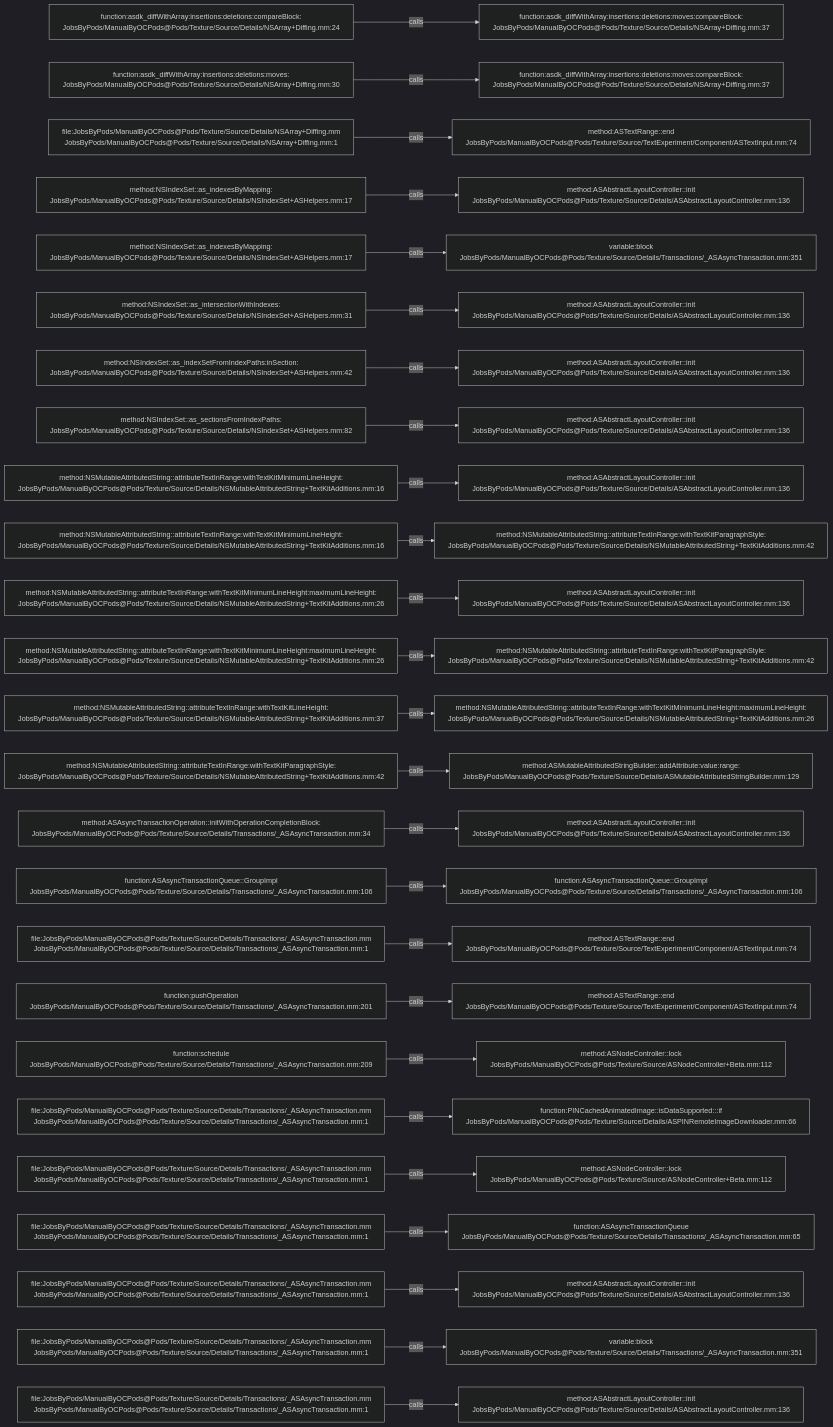
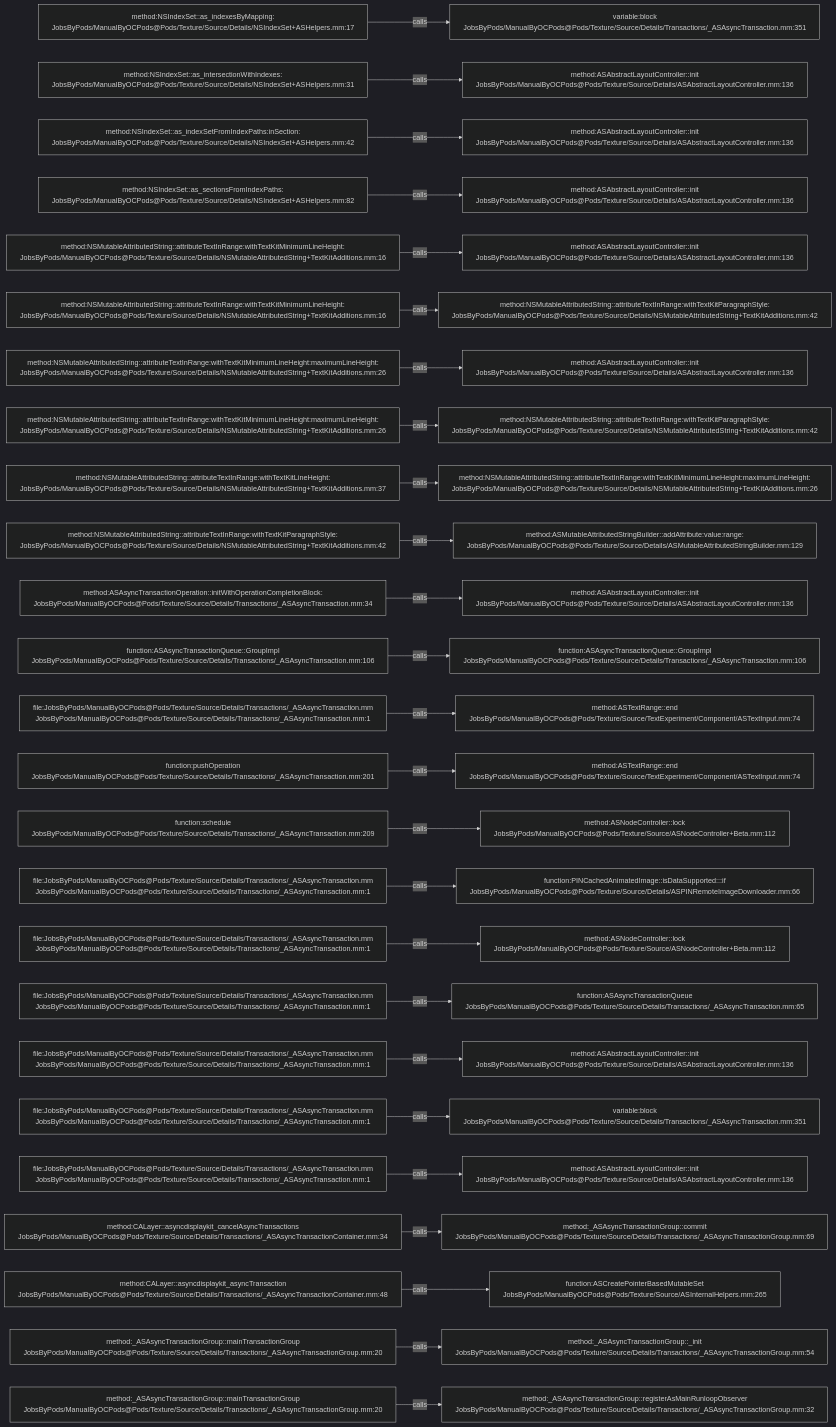
The diagram in .codegraph/codegraph.md/graphs/calls-166.md (JobsKits/JobsOCBaseConfigDemo), drawn with Mermaid (dark theme) before and after one commit. The commit also changed 727 other files, not shown here.

````diff
--- a/.codegraph/codegraph.md/graphs/calls-166.md
+++ b/.codegraph/codegraph.md/graphs/calls-166.md
@@ -13,78 +13,78 @@
 ```mermaid
 flowchart LR
-  S1["function:asdk_diffWithArray:insertions:deletions:compareBlock:<br/>JobsByPods/ManualByOCPods@Pods/Texture/Source/Details/NSArray+Diffing.mm:24"]
-  T1["function:asdk_diffWithArray:insertions:deletions:moves:compareBlock:<br/>JobsByPods/ManualByOCPods@Pods/Texture/Source/Details/NSArray+Diffing.mm:37"]
+  S1["method:NSIndexSet::as_indexesByMapping:<br/>JobsByPods/ManualByOCPods@Pods/Texture/Source/Details/NSIndexSet+ASHelpers.mm:17"]
+  T1["variable:block<br/>JobsByPods/ManualByOCPods@Pods/Texture/Source/Details/Transactions/_ASAsyncTransaction.mm:351"]
   S1 -->|calls| T1
-  S2["function:asdk_diffWithArray:insertions:deletions:moves:<br/>JobsByPods/ManualByOCPods@Pods/Texture/Source/Details/NSArray+Diffing.mm:30"]
-  T2["function:asdk_diffWithArray:insertions:deletions:moves:compareBlock:<br/>JobsByPods/ManualByOCPods@Pods/Texture/Source/Details/NSArray+Diffing.mm:37"]
+  S2["method:NSIndexSet::as_intersectionWithIndexes:<br/>JobsByPods/ManualByOCPods@Pods/Texture/Source/Details/NSIndexSet+ASHelpers.mm:31"]
+  T2["method:ASAbstractLayoutController::init<br/>JobsByPods/ManualByOCPods@Pods/Texture/Source/Details/ASAbstractLayoutController.mm:136"]
   S2 -->|calls| T2
-  S3["file:JobsByPods/ManualByOCPods@Pods/Texture/Source/Details/NSArray+Diffing.mm<br/>JobsByPods/ManualByOCPods@Pods/Texture/Source/Details/NSArray+Diffing.mm:1"]
-  T3["method:ASTextRange::end<br/>JobsByPods/ManualByOCPods@Pods/Texture/Source/TextExperiment/Component/ASTextInput.mm:74"]
+  S3["method:NSIndexSet::as_indexSetFromIndexPaths:inSection:<br/>JobsByPods/ManualByOCPods@Pods/Texture/Source/Details/NSIndexSet+ASHelpers.mm:42"]
+  T3["method:ASAbstractLayoutController::init<br/>JobsByPods/ManualByOCPods@Pods/Texture/Source/Details/ASAbstractLayoutController.mm:136"]
   S3 -->|calls| T3
-  S4["method:NSIndexSet::as_indexesByMapping:<br/>JobsByPods/ManualByOCPods@Pods/Texture/Source/Details/NSIndexSet+ASHelpers.mm:17"]
+  S4["method:NSIndexSet::as_sectionsFromIndexPaths:<br/>JobsByPods/ManualByOCPods@Pods/Texture/Source/Details/NSIndexSet+ASHelpers.mm:82"]
   T4["method:ASAbstractLayoutController::init<br/>JobsByPods/ManualByOCPods@Pods/Texture/Source/Details/ASAbstractLayoutController.mm:136"]
   S4 -->|calls| T4
-  S5["method:NSIndexSet::as_indexesByMapping:<br/>JobsByPods/ManualByOCPods@Pods/Texture/Source/Details/NSIndexSet+ASHelpers.mm:17"]
-  T5["variable:block<br/>JobsByPods/ManualByOCPods@Pods/Texture/Source/Details/Transactions/_ASAsyncTransaction.mm:351"]
+  S5["method:NSMutableAttributedString::attributeTextInRange:withTextKitMinimumLineHeight:<br/>JobsByPods/ManualByOCPods@Pods/Texture/Source/Details/NSMutableAttributedString+TextKitAdditions.mm:16"]
+  T5["method:ASAbstractLayoutController::init<br/>JobsByPods/ManualByOCPods@Pods/Texture/Source/Details/ASAbstractLayoutController.mm:136"]
   S5 -->|calls| T5
-  S6["method:NSIndexSet::as_intersectionWithIndexes:<br/>JobsByPods/ManualByOCPods@Pods/Texture/Source/Details/NSIndexSet+ASHelpers.mm:31"]
-  T6["method:ASAbstractLayoutController::init<br/>JobsByPods/ManualByOCPods@Pods/Texture/Source/Details/ASAbstractLayoutController.mm:136"]
+  S6["method:NSMutableAttributedString::attributeTextInRange:withTextKitMinimumLineHeight:<br/>JobsByPods/ManualByOCPods@Pods/Texture/Source/Details/NSMutableAttributedString+TextKitAdditions.mm:16"]
+  T6["method:NSMutableAttributedString::attributeTextInRange:withTextKitParagraphStyle:<br/>JobsByPods/ManualByOCPods@Pods/Texture/Source/Details/NSMutableAttributedString+TextKitAdditions.mm:42"]
   S6 -->|calls| T6
-  S7["method:NSIndexSet::as_indexSetFromIndexPaths:inSection:<br/>JobsByPods/ManualByOCPods@Pods/Texture/Source/Details/NSIndexSet+ASHelpers.mm:42"]
+  S7["method:NSMutableAttributedString::attributeTextInRange:withTextKitMinimumLineHeight:maximumLineHeight:<br/>JobsByPods/ManualByOCPods@Pods/Texture/Source/Details/NSMutableAttributedString+TextKitAdditions.mm:26"]
   T7["method:ASAbstractLayoutController::init<br/>JobsByPods/ManualByOCPods@Pods/Texture/Source/Details/ASAbstractLayoutController.mm:136"]
   S7 -->|calls| T7
-  S8["method:NSIndexSet::as_sectionsFromIndexPaths:<br/>JobsByPods/ManualByOCPods@Pods/Texture/Source/Details/NSIndexSet+ASHelpers.mm:82"]
-  T8["method:ASAbstractLayoutController::init<br/>JobsByPods/ManualByOCPods@Pods/Texture/Source/Details/ASAbstractLayoutController.mm:136"]
+  S8["method:NSMutableAttributedString::attributeTextInRange:withTextKitMinimumLineHeight:maximumLineHeight:<br/>JobsByPods/ManualByOCPods@Pods/Texture/Source/Details/NSMutableAttributedString+TextKitAdditions.mm:26"]
+  T8["method:NSMutableAttributedString::attributeTextInRange:withTextKitParagraphStyle:<br/>JobsByPods/ManualByOCPods@Pods/Texture/Source/Details/NSMutableAttributedString+TextKitAdditions.mm:42"]
   S8 -->|calls| T8
-  S9["method:NSMutableAttributedString::attributeTextInRange:withTextKitMinimumLineHeight:<br/>JobsByPods/ManualByOCPods@Pods/Texture/Source/Details/NSMutableAttributedString+TextKitAdditions.mm:16"]
-  T9["method:ASAbstractLayoutController::init<br/>JobsByPods/ManualByOCPods@Pods/Texture/Source/Details/ASAbstractLayoutController.mm:136"]
+  S9["method:NSMutableAttributedString::attributeTextInRange:withTextKitLineHeight:<br/>JobsByPods/ManualByOCPods@Pods/Texture/Source/Details/NSMutableAttributedString+TextKitAdditions.mm:37"]
+  T9["method:NSMutableAttributedString::attributeTextInRange:withTextKitMinimumLineHeight:maximumLineHeight:<br/>JobsByPods/ManualByOCPods@Pods/Texture/Source/Details/NSMutableAttributedString+TextKitAdditions.mm:26"]
   S9 -->|calls| T9
-  S10["method:NSMutableAttributedString::attributeTextInRange:withTextKitMinimumLineHeight:<br/>JobsByPods/ManualByOCPods@Pods/Texture/Source/Details/NSMutableAttributedString+TextKitAdditions.mm:16"]
-  T10["method:NSMutableAttributedString::attributeTextInRange:withTextKitParagraphStyle:<br/>JobsByPods/ManualByOCPods@Pods/Texture/Source/Details/NSMutableAttributedString+TextKitAdditions.mm:42"]
+  S10["method:NSMutableAttributedString::attributeTextInRange:withTextKitParagraphStyle:<br/>JobsByPods/ManualByOCPods@Pods/Texture/Source/Details/NSMutableAttributedString+TextKitAdditions.mm:42"]
+  T10["method:ASMutableAttributedStringBuilder::addAttribute:value:range:<br/>JobsByPods/ManualByOCPods@Pods/Texture/Source/Details/ASMutableAttributedStringBuilder.mm:129"]
   S10 -->|calls| T10
-  S11["method:NSMutableAttributedString::attributeTextInRange:withTextKitMinimumLineHeight:maximumLineHeight:<br/>JobsByPods/ManualByOCPods@Pods/Texture/Source/Details/NSMutableAttributedString+TextKitAdditions.mm:26"]
+  S11["method:ASAsyncTransactionOperation::initWithOperationCompletionBlock:<br/>JobsByPods/ManualByOCPods@Pods/Texture/Source/Details/Transactions/_ASAsyncTransaction.mm:34"]
   T11["method:ASAbstractLayoutController::init<br/>JobsByPods/ManualByOCPods@Pods/Texture/Source/Details/ASAbstractLayoutController.mm:136"]
   S11 -->|calls| T11
-  S12["method:NSMutableAttributedString::attributeTextInRange:withTextKitMinimumLineHeight:maximumLineHeight:<br/>JobsByPods/ManualByOCPods@Pods/Texture/Source/Details/NSMutableAttributedString+TextKitAdditions.mm:26"]
-  T12["method:NSMutableAttributedString::attributeTextInRange:withTextKitParagraphStyle:<br/>JobsByPods/ManualByOCPods@Pods/Texture/Source/Details/NSMutableAttributedString+TextKitAdditions.mm:42"]
+  S12["function:ASAsyncTransactionQueue::GroupImpl<br/>JobsByPods/ManualByOCPods@Pods/Texture/Source/Details/Transactions/_ASAsyncTransaction.mm:106"]
+  T12["function:ASAsyncTransactionQueue::GroupImpl<br/>JobsByPods/ManualByOCPods@Pods/Texture/Source/Details/Transactions/_ASAsyncTransaction.mm:106"]
   S12 -->|calls| T12
-  S13["method:NSMutableAttributedString::attributeTextInRange:withTextKitLineHeight:<br/>JobsByPods/ManualByOCPods@Pods/Texture/Source/Details/NSMutableAttributedString+TextKitAdditions.mm:37"]
-  T13["method:NSMutableAttributedString::attributeTextInRange:withTextKitMinimumLineHeight:maximumLineHeight:<br/>JobsByPods/ManualByOCPods@Pods/Texture/Source/Details/NSMutableAttributedString+TextKitAdditions.mm:26"]
+  S13["file:JobsByPods/ManualByOCPods@Pods/Texture/Source/Details/Transactions/_ASAsyncTransaction.mm<br/>JobsByPods/ManualByOCPods@Pods/Texture/Source/Details/Transactions/_ASAsyncTransaction.mm:1"]
+  T13["method:ASTextRange::end<br/>JobsByPods/ManualByOCPods@Pods/Texture/Source/TextExperiment/Component/ASTextInput.mm:74"]
   S13 -->|calls| T13
-  S14["method:NSMutableAttributedString::attributeTextInRange:withTextKitParagraphStyle:<br/>JobsByPods/ManualByOCPods@Pods/Texture/Source/Details/NSMutableAttributedString+TextKitAdditions.mm:42"]
-  T14["method:ASMutableAttributedStringBuilder::addAttribute:value:range:<br/>JobsByPods/ManualByOCPods@Pods/Texture/Source/Details/ASMutableAttributedStringBuilder.mm:129"]
+  S14["function:pushOperation<br/>JobsByPods/ManualByOCPods@Pods/Texture/Source/Details/Transactions/_ASAsyncTransaction.mm:201"]
+  T14["method:ASTextRange::end<br/>JobsByPods/ManualByOCPods@Pods/Texture/Source/TextExperiment/Component/ASTextInput.mm:74"]
   S14 -->|calls| T14
-  S15["method:ASAsyncTransactionOperation::initWithOperationCompletionBlock:<br/>JobsByPods/ManualByOCPods@Pods/Texture/Source/Details/Transactions/_ASAsyncTransaction.mm:34"]
-  T15["method:ASAbstractLayoutController::init<br/>JobsByPods/ManualByOCPods@Pods/Texture/Source/Details/ASAbstractLayoutController.mm:136"]
+  S15["function:schedule<br/>JobsByPods/ManualByOCPods@Pods/Texture/Source/Details/Transactions/_ASAsyncTransaction.mm:209"]
+  T15["method:ASNodeController::lock<br/>JobsByPods/ManualByOCPods@Pods/Texture/Source/ASNodeController+Beta.mm:112"]
   S15 -->|calls| T15
-  S16["function:ASAsyncTransactionQueue::GroupImpl<br/>JobsByPods/ManualByOCPods@Pods/Texture/Source/Details/Transactions/_ASAsyncTransaction.mm:106"]
-  T16["function:ASAsyncTransactionQueue::GroupImpl<br/>JobsByPods/ManualByOCPods@Pods/Texture/Source/Details/Transactions/_ASAsyncTransaction.mm:106"]
+  S16["file:JobsByPods/ManualByOCPods@Pods/Texture/Source/Details/Transactions/_ASAsyncTransaction.mm<br/>JobsByPods/ManualByOCPods@Pods/Texture/Source/Details/Transactions/_ASAsyncTransaction.mm:1"]
+  T16["function:PINCachedAnimatedImage::isDataSupported:::if<br/>JobsByPods/ManualByOCPods@Pods/Texture/Source/Details/ASPINRemoteImageDownloader.mm:66"]
   S16 -->|calls| T16
   S17["file:JobsByPods/ManualByOCPods@Pods/Texture/Source/Details/Transactions/_ASAsyncTransaction.mm<br/>JobsByPods/ManualByOCPods@Pods/Texture/Source/Details/Transactions/_ASAsyncTransaction.mm:1"]
-  T17["method:ASTextRange::end<br/>JobsByPods/ManualByOCPods@Pods/Texture/Source/TextExperiment/Component/ASTextInput.mm:74"]
+  T17["method:ASNodeController::lock<br/>JobsByPods/ManualByOCPods@Pods/Texture/Source/ASNodeController+Beta.mm:112"]
   S17 -->|calls| T17
-  S18["function:pushOperation<br/>JobsByPods/ManualByOCPods@Pods/Texture/Source/Details/Transactions/_ASAsyncTransaction.mm:201"]
-  T18["method:ASTextRange::end<br/>JobsByPods/ManualByOCPods@Pods/Texture/Source/TextExperiment/Component/ASTextInput.mm:74"]
+  S18["file:JobsByPods/ManualByOCPods@Pods/Texture/Source/Details/Transactions/_ASAsyncTransaction.mm<br/>JobsByPods/ManualByOCPods@Pods/Texture/Source/Details/Transactions/_ASAsyncTransaction.mm:1"]
+  T18["function:ASAsyncTransactionQueue<br/>JobsByPods/ManualByOCPods@Pods/Texture/Source/Details/Transactions/_ASAsyncTransaction.mm:65"]
   S18 -->|calls| T18
-  S19["function:schedule<br/>JobsByPods/ManualByOCPods@Pods/Texture/Source/Details/Transactions/_ASAsyncTransaction.mm:209"]
-  T19["method:ASNodeController::lock<br/>JobsByPods/ManualByOCPods@Pods/Texture/Source/ASNodeController+Beta.mm:112"]
+  S19["file:JobsByPods/ManualByOCPods@Pods/Texture/Source/Details/Transactions/_ASAsyncTransaction.mm<br/>JobsByPods/ManualByOCPods@Pods/Texture/Source/Details/Transactions/_ASAsyncTransaction.mm:1"]
+  T19["method:ASAbstractLayoutController::init<br/>JobsByPods/ManualByOCPods@Pods/Texture/Source/Details/ASAbstractLayoutController.mm:136"]
   S19 -->|calls| T19
   S20["file:JobsByPods/ManualByOCPods@Pods/Texture/Source/Details/Transactions/_ASAsyncTransaction.mm<br/>JobsByPods/ManualByOCPods@Pods/Texture/Source/Details/Transactions/_ASAsyncTransaction.mm:1"]
-  T20["function:PINCachedAnimatedImage::isDataSupported:::if<br/>JobsByPods/ManualByOCPods@Pods/Texture/Source/Details/ASPINRemoteImageDownloader.mm:66"]
+  T20["variable:block<br/>JobsByPods/ManualByOCPods@Pods/Texture/Source/Details/Transactions/_ASAsyncTransaction.mm:351"]
   S20 -->|calls| T20
   S21["file:JobsByPods/ManualByOCPods@Pods/Texture/Source/Details/Transactions/_ASAsyncTransaction.mm<br/>JobsByPods/ManualByOCPods@Pods/Texture/Source/Details/Transactions/_ASAsyncTransaction.mm:1"]
-  T21["method:ASNodeController::lock<br/>JobsByPods/ManualByOCPods@Pods/Texture/Source/ASNodeController+Beta.mm:112"]
+  T21["method:ASAbstractLayoutController::init<br/>JobsByPods/ManualByOCPods@Pods/Texture/Source/Details/ASAbstractLayoutController.mm:136"]
   S21 -->|calls| T21
-  S22["file:JobsByPods/ManualByOCPods@Pods/Texture/Source/Details/Transactions/_ASAsyncTransaction.mm<br/>JobsByPods/ManualByOCPods@Pods/Texture/Source/Details/Transactions/_ASAsyncTransaction.mm:1"]
-  T22["function:ASAsyncTransactionQueue<br/>JobsByPods/ManualByOCPods@Pods/Texture/Source/Details/Transactions/_ASAsyncTransaction.mm:65"]
+  S22["method:CALayer::asyncdisplaykit_cancelAsyncTransactions<br/>JobsByPods/ManualByOCPods@Pods/Texture/Source/Details/Transactions/_ASAsyncTransactionContainer.mm:34"]
+  T22["method:_ASAsyncTransactionGroup::commit<br/>JobsByPods/ManualByOCPods@Pods/Texture/Source/Details/Transactions/_ASAsyncTransactionGroup.mm:69"]
   S22 -->|calls| T22
-  S23["file:JobsByPods/ManualByOCPods@Pods/Texture/Source/Details/Transactions/_ASAsyncTransaction.mm<br/>JobsByPods/ManualByOCPods@Pods/Texture/Source/Details/Transactions/_ASAsyncTransaction.mm:1"]
-  T23["method:ASAbstractLayoutController::init<br/>JobsByPods/ManualByOCPods@Pods/Texture/Source/Details/ASAbstractLayoutController.mm:136"]
+  S23["method:CALayer::asyncdisplaykit_asyncTransaction<br/>JobsByPods/ManualByOCPods@Pods/Texture/Source/Details/Transactions/_ASAsyncTransactionContainer.mm:48"]
+  T23["function:ASCreatePointerBasedMutableSet<br/>JobsByPods/ManualByOCPods@Pods/Texture/Source/ASInternalHelpers.mm:265"]
   S23 -->|calls| T23
-  S24["file:JobsByPods/ManualByOCPods@Pods/Texture/Source/Details/Transactions/_ASAsyncTransaction.mm<br/>JobsByPods/ManualByOCPods@Pods/Texture/Source/Details/Transactions/_ASAsyncTransaction.mm:1"]
-  T24["variable:block<br/>JobsByPods/ManualByOCPods@Pods/Texture/Source/Details/Transactions/_ASAsyncTransaction.mm:351"]
+  S24["method:_ASAsyncTransactionGroup::mainTransactionGroup<br/>JobsByPods/ManualByOCPods@Pods/Texture/Source/Details/Transactions/_ASAsyncTransactionGroup.mm:20"]
+  T24["method:_ASAsyncTransactionGroup::_init<br/>JobsByPods/ManualByOCPods@Pods/Texture/Source/Details/Transactions/_ASAsyncTransactionGroup.mm:54"]
   S24 -->|calls| T24
-  S25["file:JobsByPods/ManualByOCPods@Pods/Texture/Source/Details/Transactions/_ASAsyncTransaction.mm<br/>JobsByPods/ManualByOCPods@Pods/Texture/Source/Details/Transactions/_ASAsyncTransaction.mm:1"]
-  T25["method:ASAbstractLayoutController::init<br/>JobsByPods/ManualByOCPods@Pods/Texture/Source/Details/ASAbstractLayoutController.mm:136"]
+  S25["method:_ASAsyncTransactionGroup::mainTransactionGroup<br/>JobsByPods/ManualByOCPods@Pods/Texture/Source/Details/Transactions/_ASAsyncTransactionGroup.mm:20"]
+  T25["method:_ASAsyncTransactionGroup::registerAsMainRunloopObserver<br/>JobsByPods/ManualByOCPods@Pods/Texture/Source/Details/Transactions/_ASAsyncTransactionGroup.mm:32"]
   S25 -->|calls| T25
 ```
````
